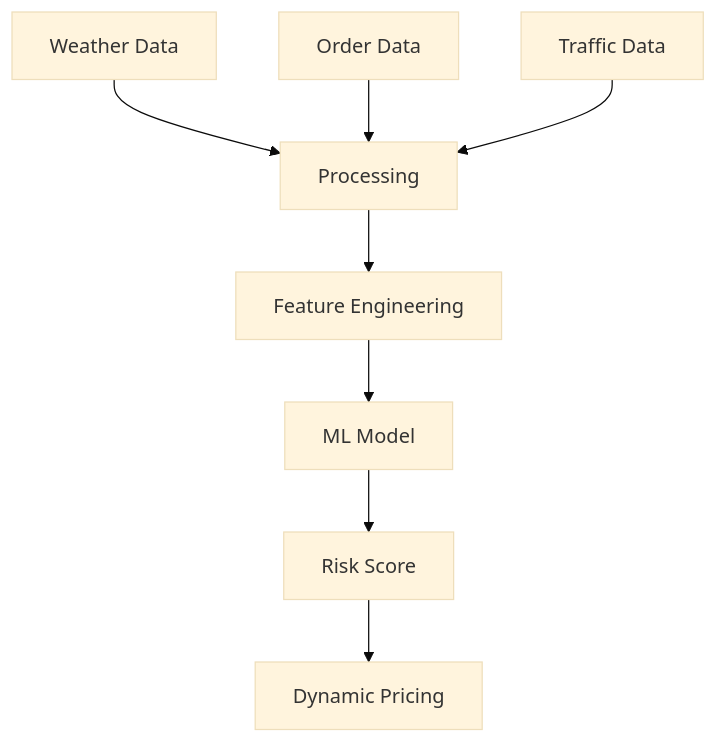
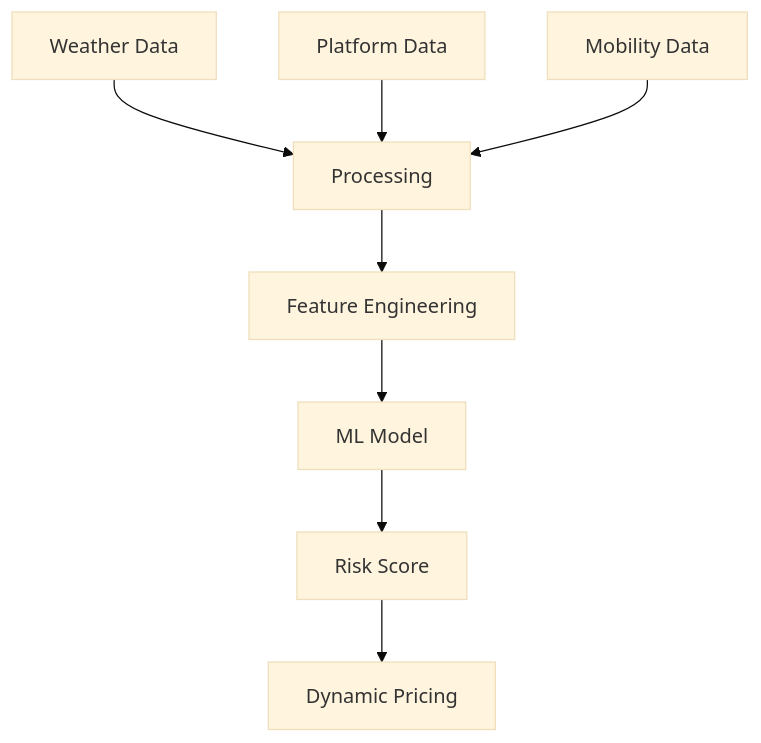
One commit to ed6095-web/Guidewire-DEVTrails-2026 changed the third of 4 diagrams in README.md. Above: the diagram before and after it, drawn with Mermaid (base theme). The commit also changed other lines of this file, not shown here.

````diff
--- a/README.md
+++ b/README.md
@@ -187,10 +191,10 @@
 ```mermaid
 flowchart TD
 A[Weather Data] --> B[Processing]
-C[Order Data] --> B
-D[Traffic Data] --> B
+C[Platform Data] --> B
+D[Mobility Data] --> B
 B --> E[Feature Engineering]
 E --> F[ML Model]
 F --> G[Risk Score]
 G --> H[Dynamic Pricing]
 ```
````
